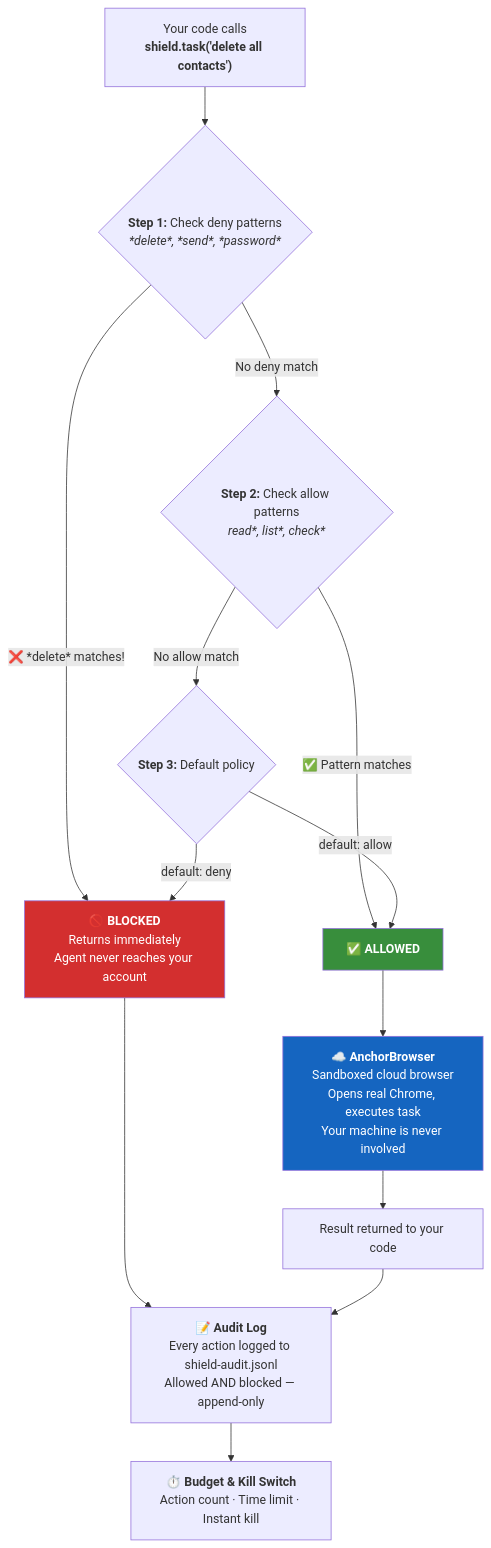
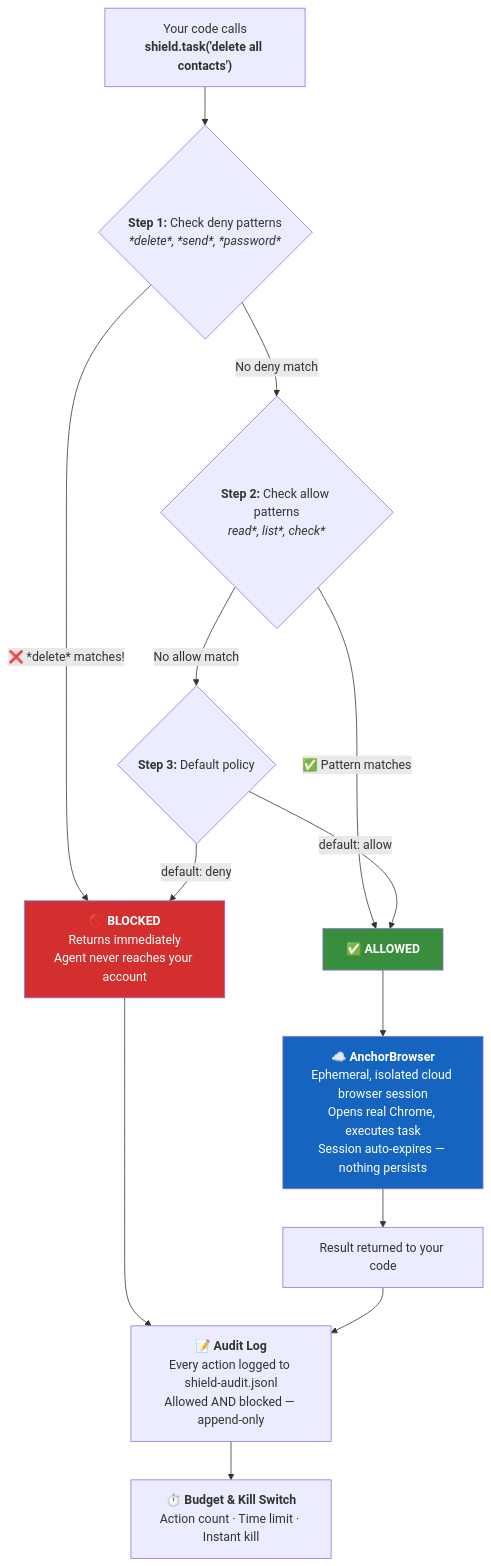
The diagram in README.md (dormstern/declawed), drawn with Mermaid before and after one commit. The commit also changed other lines of this file, not shown here.

Commit message:
docs: ephemeral session language in diagram + AnchorBrowser section

````diff
--- a/README.md
+++ b/README.md
@@ -75,22 +75,22 @@
 ```mermaid
 flowchart TD
     A["Your code calls<br/><b>shield.task('delete all contacts')</b>"] --> B{"<b>Step 1:</b> Check deny patterns<br/><i>*delete*, *send*, *password*</i>"}
     B -->|"❌ *delete* matches!"| C["🚫 <b>BLOCKED</b><br/>Returns immediately<br/>Agent never reaches your account"]
     B -->|"No deny match"| D{"<b>Step 2:</b> Check allow patterns<br/><i>read*, list*, check*</i>"}
     D -->|"✅ Pattern matches"| E["✅ <b>ALLOWED</b>"]
     D -->|"No allow match"| F{"<b>Step 3:</b> Default policy"}
     F -->|"default: deny"| C
     F -->|"default: allow"| E
 
-    E --> G["☁️ <b>AnchorBrowser</b><br/>Sandboxed cloud browser<br/>Opens real Chrome, executes task<br/>Your machine is never involved"]
+    E --> G["☁️ <b>AnchorBrowser</b><br/>Ephemeral, isolated cloud browser session<br/>Opens real Chrome, executes task<br/>Session auto-expires — nothing persists"]
     G --> H["Result returned to your code"]
 
     C --> I["📝 <b>Audit Log</b><br/>Every action logged to shield-audit.jsonl<br/>Allowed AND blocked — append-only"]
     H --> I
 
     I --> J["⏱️ <b>Budget &amp; Kill Switch</b><br/>Action count · Time limit · Instant kill"]
 
     style C fill:#d32f2f,color:#fff
     style E fill:#388e3c,color:#fff
     style G fill:#1565c0,color:#fff
 ```
````
